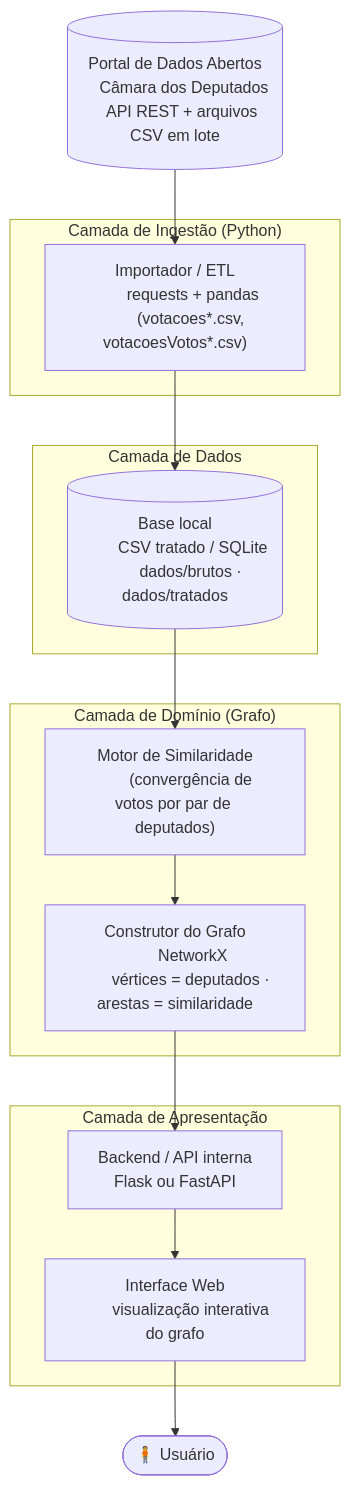
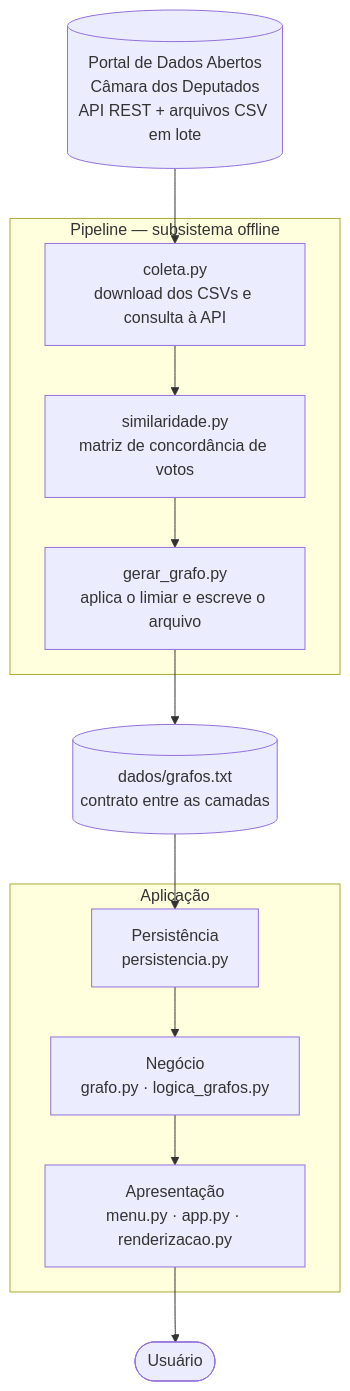
One commit to hissapinto/O_Gabinete changed the second of 2 diagrams in README.md. Above: the diagram before and after it, drawn with Mermaid. The commit also changed other lines of this file, not shown here.

````diff
--- a/README.md
+++ b/README.md
@@ -251,37 +259,23 @@
 ```mermaid
 flowchart TB
-    A[("Portal de Dados Abertos
-    Câmara dos Deputados
-    API REST + arquivos CSV em lote")]
+    A[("Portal de Dados Abertos<br/>Câmara dos Deputados<br/>API REST + arquivos CSV em lote")]
 
-    subgraph Ingestao["Camada de Ingestão (Python)"]
-        B["Importador / ETL
-        requests + pandas
-        (votacoes*.csv, votacoesVotos*.csv)"]
+    subgraph Pipeline["Pipeline — subsistema offline"]
+        B["coleta.py<br/>download dos CSVs e consulta à API"]
+        C["similaridade.py<br/>matriz de concordância de votos"]
+        D["gerar_grafo.py<br/>aplica o limiar e escreve o arquivo"]
     end
 
-    subgraph Dados["Camada de Dados"]
-        C[("Base local
-        CSV tratado / SQLite
-        dados/brutos · dados/tratados")]
+    E[("dados/grafos.txt<br/>contrato entre as camadas")]
+
+    subgraph App["Aplicação"]
+        F["Persistência<br/>persistencia.py"]
+        G["Negócio<br/>grafo.py · logica_grafos.py"]
+        H["Apresentação<br/>menu.py · app.py · renderizacao.py"]
     end
 
-    subgraph Dominio["Camada de Domínio (Grafo)"]
-        D["Motor de Similaridade
-        (convergência de votos por par de deputados)"]
-        E["Construtor do Grafo
-        NetworkX
-        vértices = deputados · arestas = similaridade"]
-    end
+    Usuario(["Usuário"])
 
-    subgraph Apresentacao["Camada de Apresentação"]
-        F["Backend / API interna
-        Flask ou FastAPI"]
-        G["Interface Web
-        visualização interativa do grafo"]
-    end
-
-    Usuario(["🧍 Usuário"])
-
-    A --> B --> C --> D --> E --> F --> G --> Usuario
+    A --> B --> C --> D --> E
+    E --> F --> G --> H --> Usuario
 ```
````
